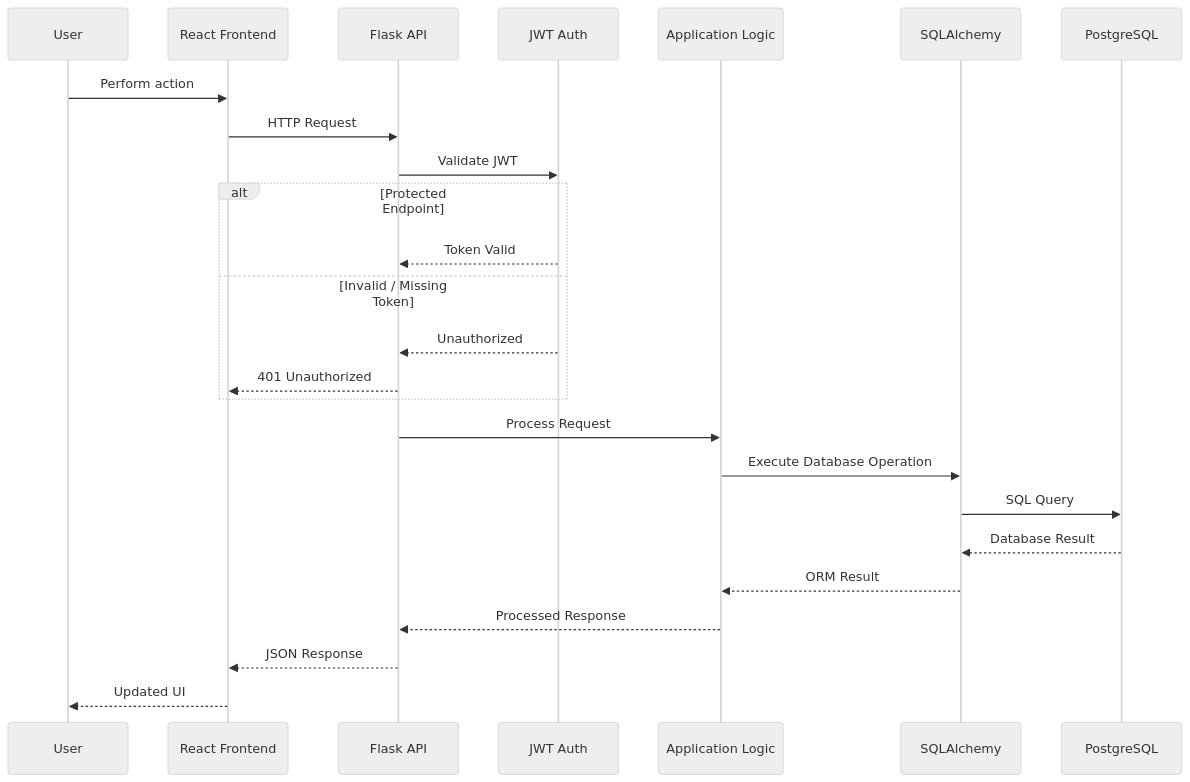
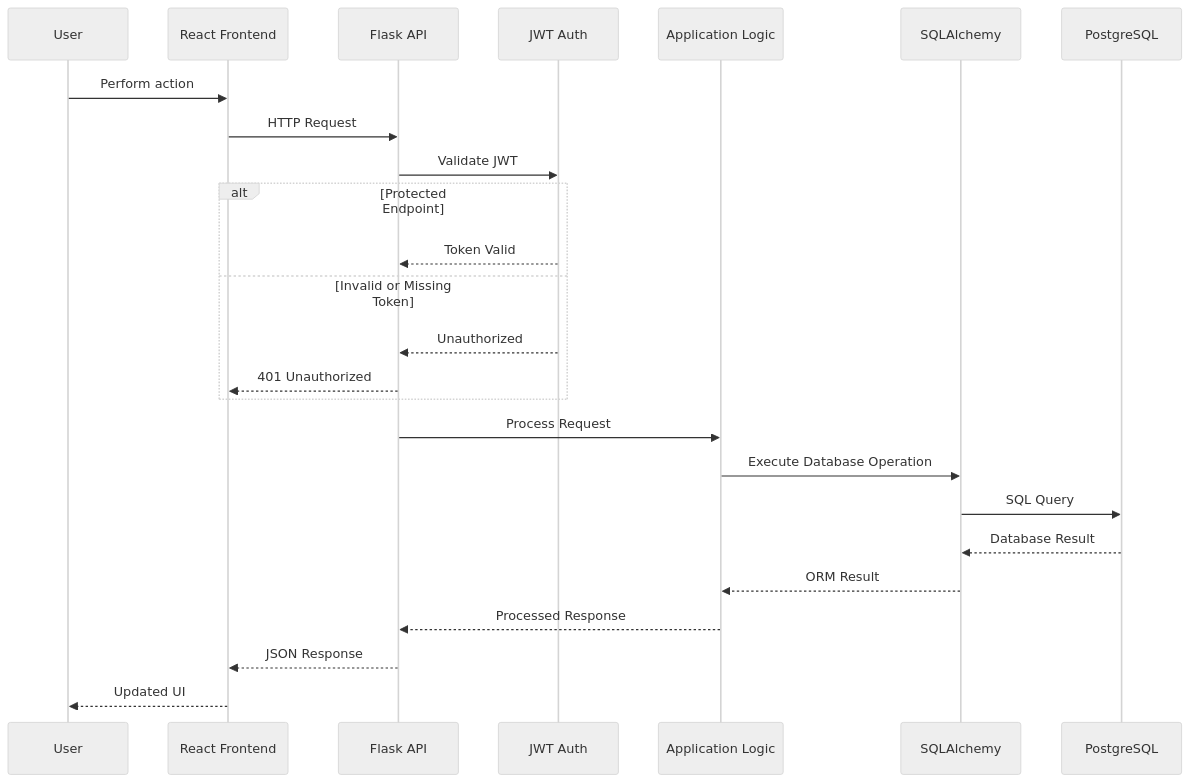
One commit to kamlesh-codedev/paste-bin changed the third of 21 diagrams in docks/ARCHITECTURE.md. Above: the diagram before and after it, drawn with Mermaid (neutral theme). The commit also changed other lines of this file, not shown here.

Commit message:
Resolved ARCHITECTURE render issue

````diff
--- a/docks/ARCHITECTURE.md
+++ b/docks/ARCHITECTURE.md
@@ -138,32 +138,32 @@
 ```mermaid
 sequenceDiagram
 
     participant User
     participant Frontend as React Frontend
     participant API as Flask API
     participant Auth as JWT Auth
     participant Service as Application Logic
     participant ORM as SQLAlchemy
     participant DB as PostgreSQL
 
     User->>Frontend: Perform action
     Frontend->>API: HTTP Request
 
     API->>Auth: Validate JWT
 
     alt Protected Endpoint
         Auth-->>API: Token Valid
-    else Invalid / Missing Token
+    else Invalid or Missing Token
         Auth-->>API: Unauthorized
         API-->>Frontend: 401 Unauthorized
     end
 
     API->>Service: Process Request
     Service->>ORM: Execute Database Operation
     ORM->>DB: SQL Query
     DB-->>ORM: Database Result
     ORM-->>Service: ORM Result
     Service-->>API: Processed Response
     API-->>Frontend: JSON Response
     Frontend-->>User: Updated UI
 ```
````
